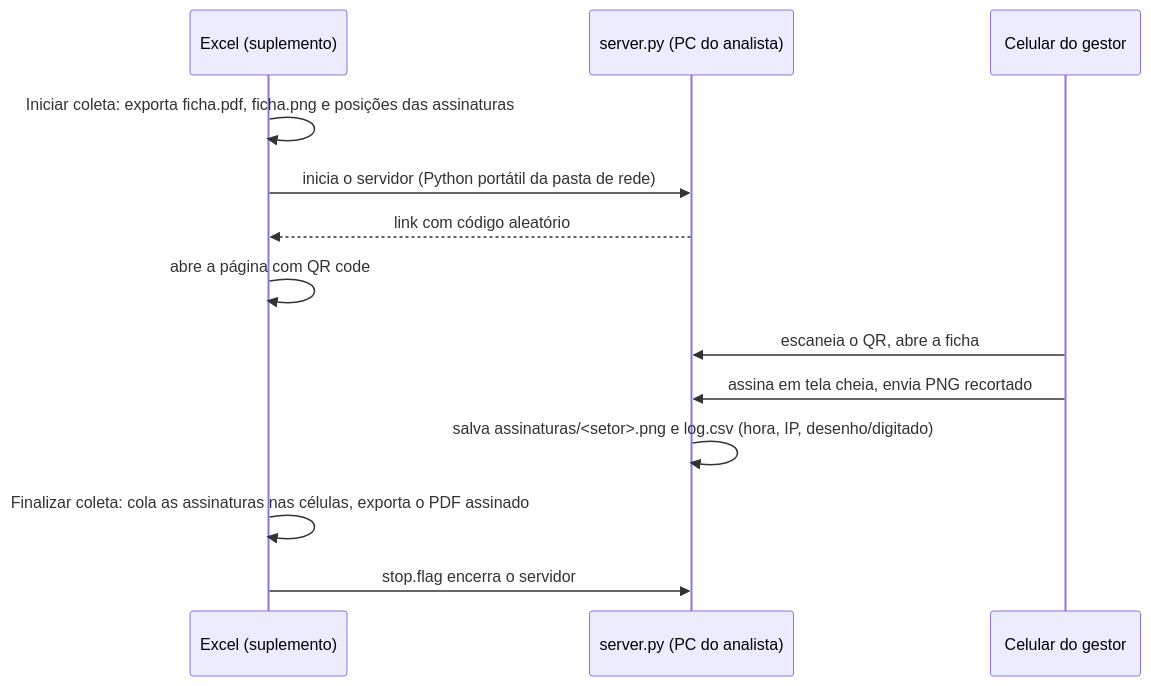
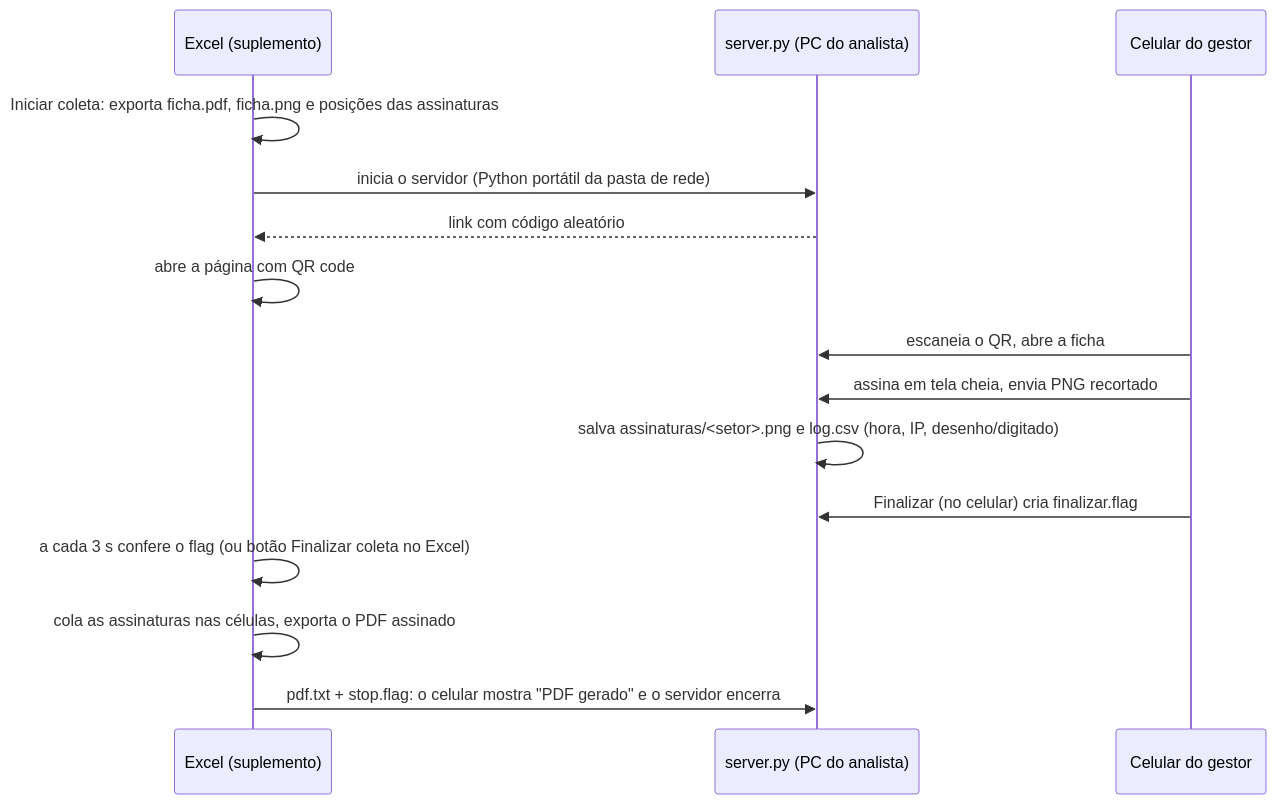
One commit to kaiquednzz/ficha-assinatura-digital changed the diagram in README.md. Above: the diagram before and after it, drawn with Mermaid. The commit also changed other lines of this file and 3 other files, not shown here.

First line of the commit message:
Finalizar coleta pelo celular e retomar coleta interrompida

````diff
--- a/README.md
+++ b/README.md
@@ -25,15 +25,17 @@
 ```mermaid
 sequenceDiagram
     participant E as Excel (suplemento)
     participant S as server.py (PC do analista)
     participant C as Celular do gestor
     E->>E: Iniciar coleta: exporta ficha.pdf, ficha.png e posições das assinaturas
     E->>S: inicia o servidor (Python portátil da pasta de rede)
     S-->>E: link com código aleatório
     E->>E: abre a página com QR code
     C->>S: escaneia o QR, abre a ficha
     C->>S: assina em tela cheia, envia PNG recortado
     S->>S: salva assinaturas/<setor>.png e log.csv (hora, IP, desenho/digitado)
-    E->>E: Finalizar coleta: cola as assinaturas nas células, exporta o PDF assinado
-    E->>S: stop.flag encerra o servidor
+    C->>S: Finalizar (no celular) cria finalizar.flag
+    E->>E: a cada 3 s confere o flag (ou botão Finalizar coleta no Excel)
+    E->>E: cola as assinaturas nas células, exporta o PDF assinado
+    E->>S: pdf.txt + stop.flag: o celular mostra "PDF gerado" e o servidor encerra
 ```
````
